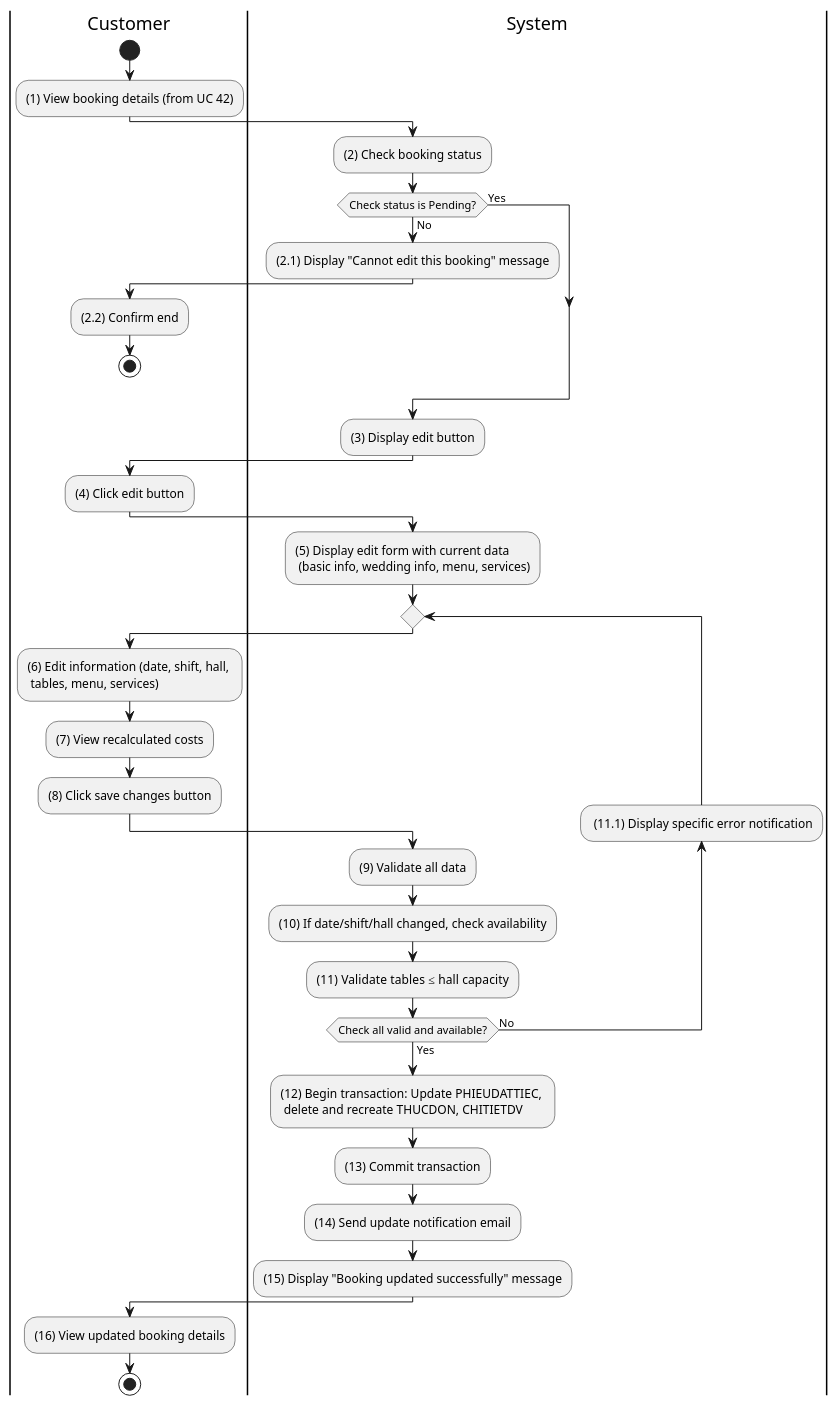
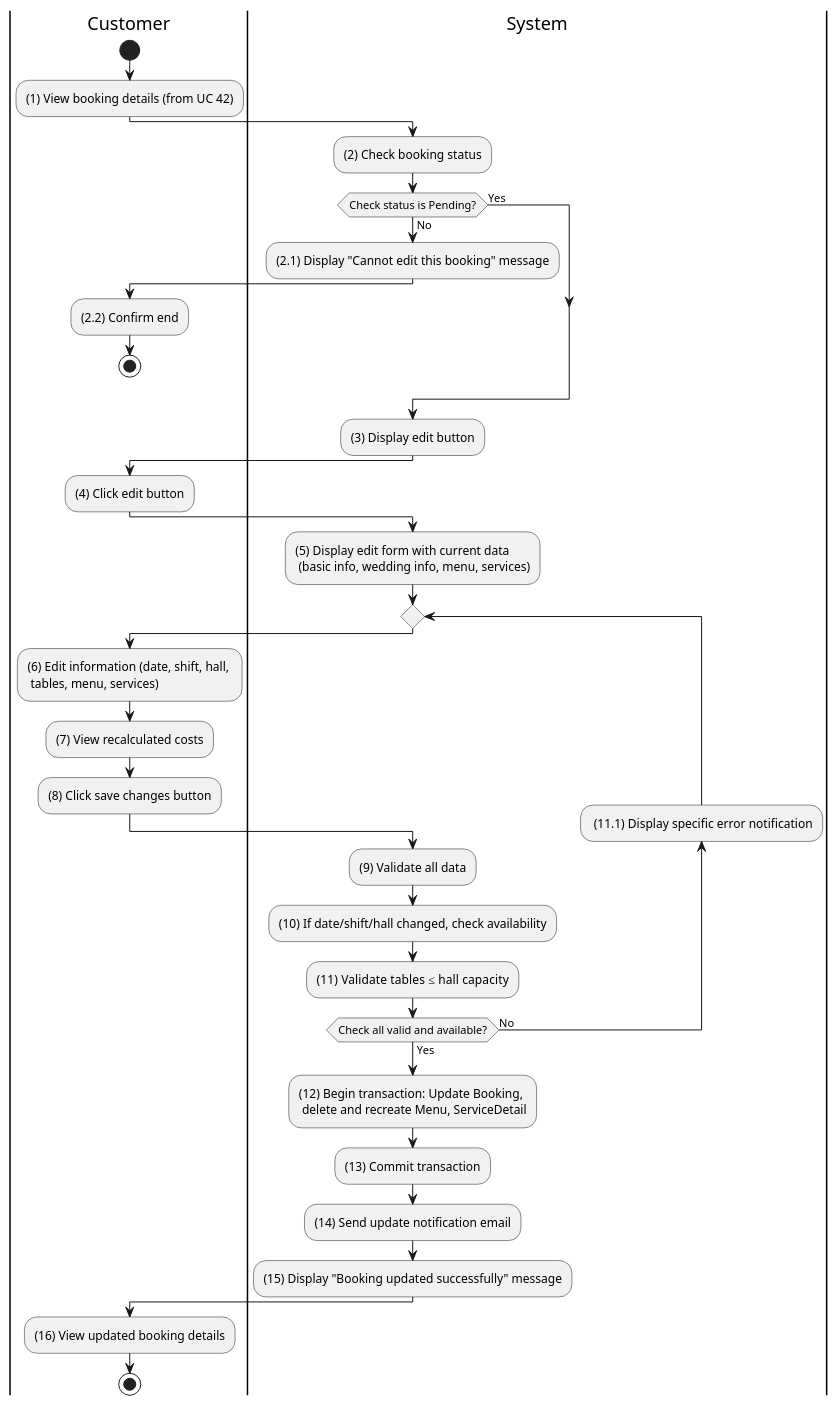
One commit to se113-wm/se113-wm.github.io changed the diagram in docs/docs/activity for wedding management system/customer-bookings/edit-my-booking-request.md. Above: the diagram before and after it, drawn with PlantUML. The commit also changed 64 other files, not shown here.

````diff
--- a/docs/docs/activity for wedding management system/customer-bookings/edit-my-booking-request.md
+++ b/docs/docs/activity for wedding management system/customer-bookings/edit-my-booking-request.md
@@ -3,56 +3,56 @@
 ```plantuml
 @startuml
 |C|Customer
 |Sys|System
 
 |C|
 start
 
 :(1) View booking details (from UC 42);
 
 |Sys|
 :(2) Check booking status;
 
 if (Check status is Pending?) then (No)
 	:(2.1) Display "Cannot edit this booking" message;
 	|C|
 	:(2.2) Confirm end;
 	stop
 else (Yes)
 endif
 
 |Sys|
 :(3) Display edit button;
 
 |C|
 :(4) Click edit button;
 
 |Sys|
 :(5) Display edit form with current data \n (basic info, wedding info, menu, services);
 
 repeat
 	|C|
 	:(6) Edit information (date, shift, hall, \n tables, menu, services);
 	:(7) View recalculated costs;
 	:(8) Click save changes button;
 
 	|Sys|
 	:(9) Validate all data;
 	:(10) If date/shift/hall changed, check availability;
 	:(11) Validate tables ≤ hall capacity;
 	backward: (11.1) Display specific error notification;
 repeat while (Check all valid and available?) is (No) not (Yes)
 
 |Sys|
-:(12) Begin transaction: Update PHIEUDATTIEC, \n delete and recreate THUCDON, CHITIETDV;
+:(12) Begin transaction: Update Booking, \n delete and recreate Menu, ServiceDetail;
 :(13) Commit transaction;
 :(14) Send update notification email;
 :(15) Display "Booking updated successfully" message;
 
 |C|
 :(16) View updated booking details;
 
 stop
 
 @enduml
 ```
````
